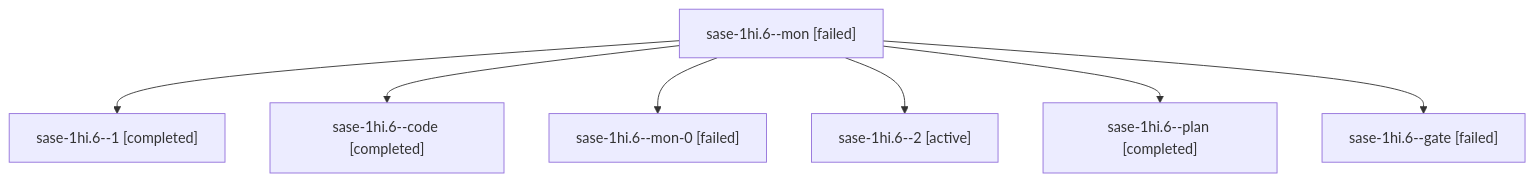
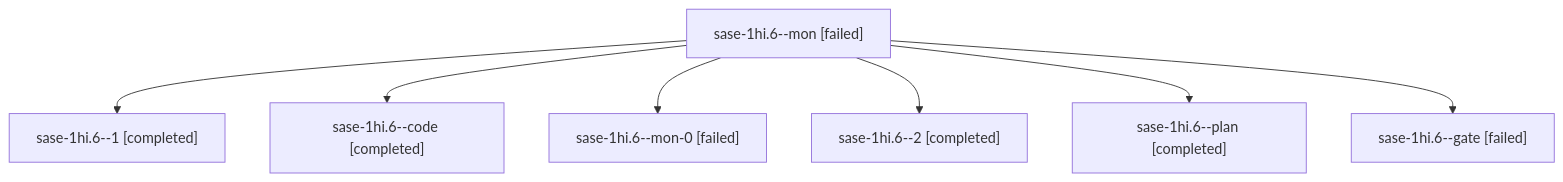
One commit to sase-org/sase--agents changed the diagram in sessions/bbugyi200.apollo.sase-1hi.6.md. Above: the diagram before and after it, drawn with Mermaid. The commit also changed other lines of this file and 53 other files, not shown here.

````diff
--- a/sessions/bbugyi200.apollo.sase-1hi.6.md
+++ b/sessions/bbugyi200.apollo.sase-1hi.6.md
@@ -9,16 +9,16 @@
 ```mermaid
 flowchart TD
   n0["sase-1hi.6--mon [failed]"]
   n1["sase-1hi.6--1 [completed]"]
   n0 --> n1
   n2["sase-1hi.6--code [completed]"]
   n0 --> n2
   n3["sase-1hi.6--mon-0 [failed]"]
   n0 --> n3
-  n4["sase-1hi.6--2 [active]"]
+  n4["sase-1hi.6--2 [completed]"]
   n0 --> n4
   n5["sase-1hi.6--plan [completed]"]
   n0 --> n5
   n6["sase-1hi.6--gate [failed]"]
   n0 --> n6
 ```
````
